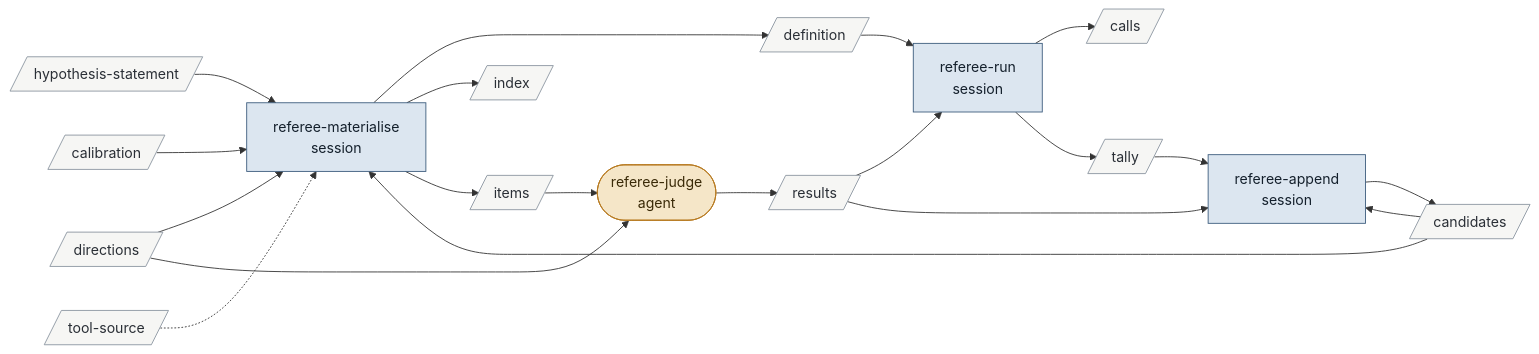
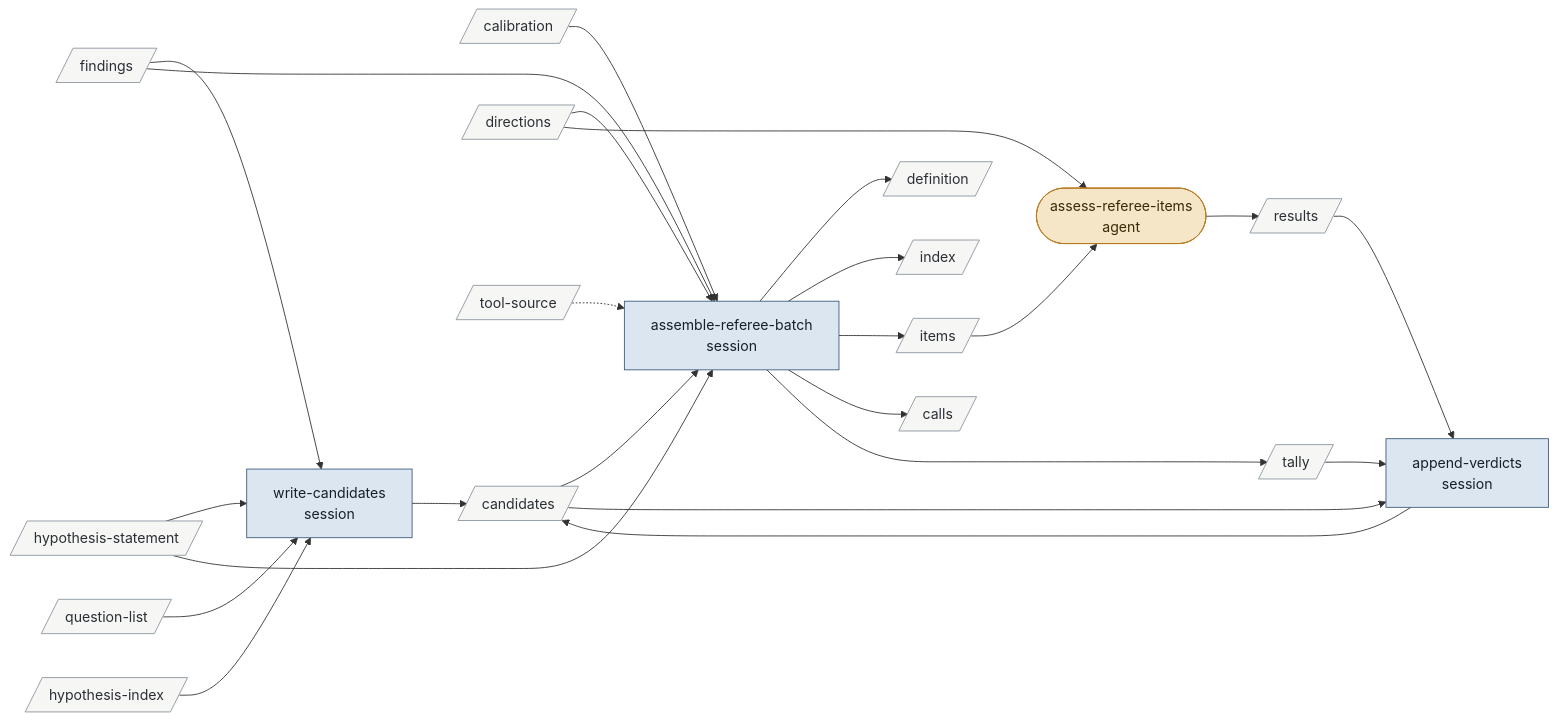
Before and after one commit to bc414/StoryPlanner: the sixth of 15 diagrams in .claude/skills/v3-buildout-2/map.md, drawn with Mermaid. The commit also changed other lines of this file and 40 other files, not shown here.

````diff
--- a/.claude/skills/v3-buildout-2/map.md
+++ b/.claude/skills/v3-buildout-2/map.md
@@ -188,44 +189,51 @@
 ```mermaid
 flowchart LR
   classDef hitl fill:#e9d8e4,stroke:#7a3e6d,color:#2b1a27
   classDef session fill:#dce6f0,stroke:#3b5b7c,color:#14202c
   classDef agent fill:#f5e6c8,stroke:#b7791f,color:#3a2a08
   classDef artifact fill:#f6f6f4,stroke:#8a94a0,color:#2a2f36
   classDef activity fill:#dcebdd,stroke:#4b7f52,color:#122816
   classDef terminus fill:#e4e4ea,stroke:#5b5b7a,color:#1c1c2c
-  refereematerialise["referee-materialise<br/>session"]:::session
-  refereerun["referee-run<br/>session"]:::session
-  refereejudge(["referee-judge<br/>agent"]):::agent
-  refereeappend["referee-append<br/>session"]:::session
+  writecandidates["write-candidates<br/>session"]:::session
+  assemblerefereebatch["assemble-referee-batch<br/>session"]:::session
+  assessrefereeitems(["assess-referee-items<br/>agent"]):::agent
+  appendverdicts["append-verdicts<br/>session"]:::session
   calibration[/"calibration"/]:::artifact
   calls[/"calls"/]:::artifact
   candidates[/"candidates"/]:::artifact
   definition[/"definition"/]:::artifact
   directions[/"directions"/]:::artifact
+  findings[/"findings"/]:::artifact
+  hypothesisindex[/"hypothesis-index"/]:::artifact
   hypothesisstatement[/"hypothesis-statement"/]:::artifact
   index[/"index"/]:::artifact
   items[/"items"/]:::artifact
+  questionlist[/"question-list"/]:::artifact
   results[/"results"/]:::artifact
   tally[/"tally"/]:::artifact
   toolsource[/"tool-source"/]:::artifact
 
-  hypothesisstatement --> refereematerialise
-  candidates --> refereematerialise
-  directions --> refereematerialise
-  calibration --> refereematerialise
-  toolsource -.-> refereematerialise
-  refereematerialise --> definition
-  refereematerialise --> index
-  refereematerialise --> items
-  definition --> refereerun
-  results --> refereerun
-  refereerun --> calls
-  refereerun --> tally
-  directions --> refereejudge
-  items --> refereejudge
-  refereejudge --> results
-  results --> refereeappend
-  tally --> refereeappend
-  candidates --> refereeappend
-  refereeappend --> candidates
+  findings --> writecandidates
+  questionlist --> writecandidates
+  hypothesisstatement --> writecandidates
+  hypothesisindex --> writecandidates
+  writecandidates --> candidates
+  candidates --> assemblerefereebatch
+  findings --> assemblerefereebatch
+  hypothesisstatement --> assemblerefereebatch
+  directions --> assemblerefereebatch
+  calibration --> assemblerefereebatch
+  toolsource -.-> assemblerefereebatch
+  assemblerefereebatch --> definition
+  assemblerefereebatch --> index
+  assemblerefereebatch --> items
+  assemblerefereebatch --> calls
+  assemblerefereebatch --> tally
+  directions --> assessrefereeitems
+  items --> assessrefereeitems
+  assessrefereeitems --> results
+  tally --> appendverdicts
+  results --> appendverdicts
+  candidates --> appendverdicts
+  appendverdicts --> candidates
 ```
````
